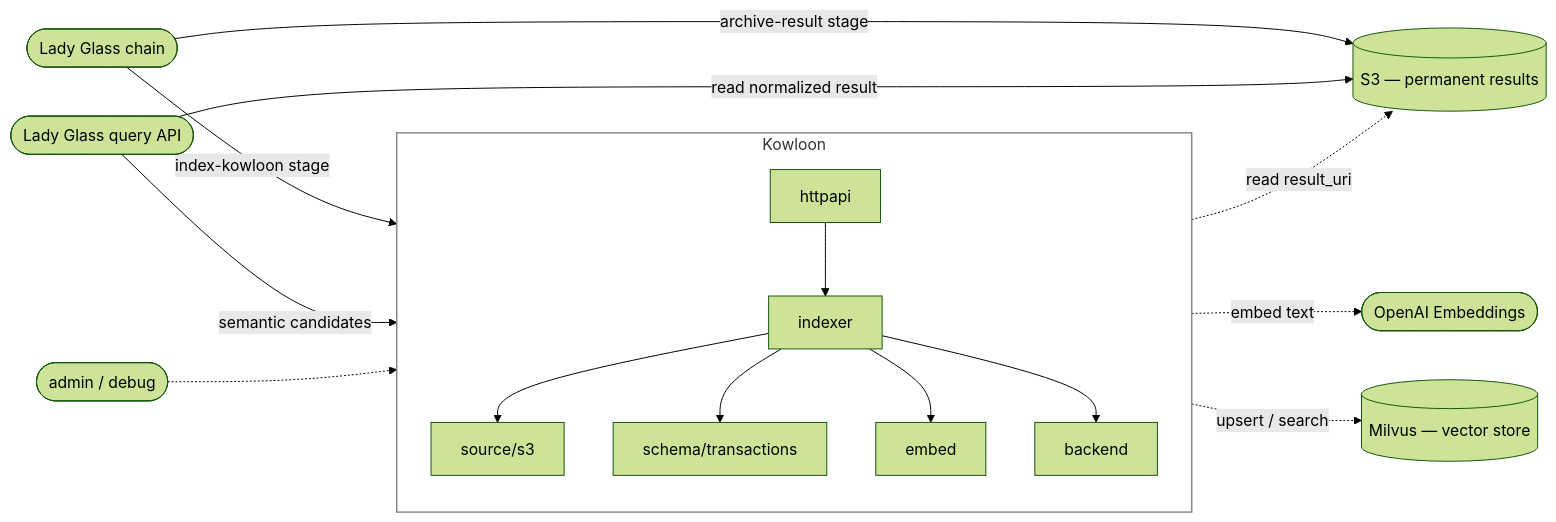
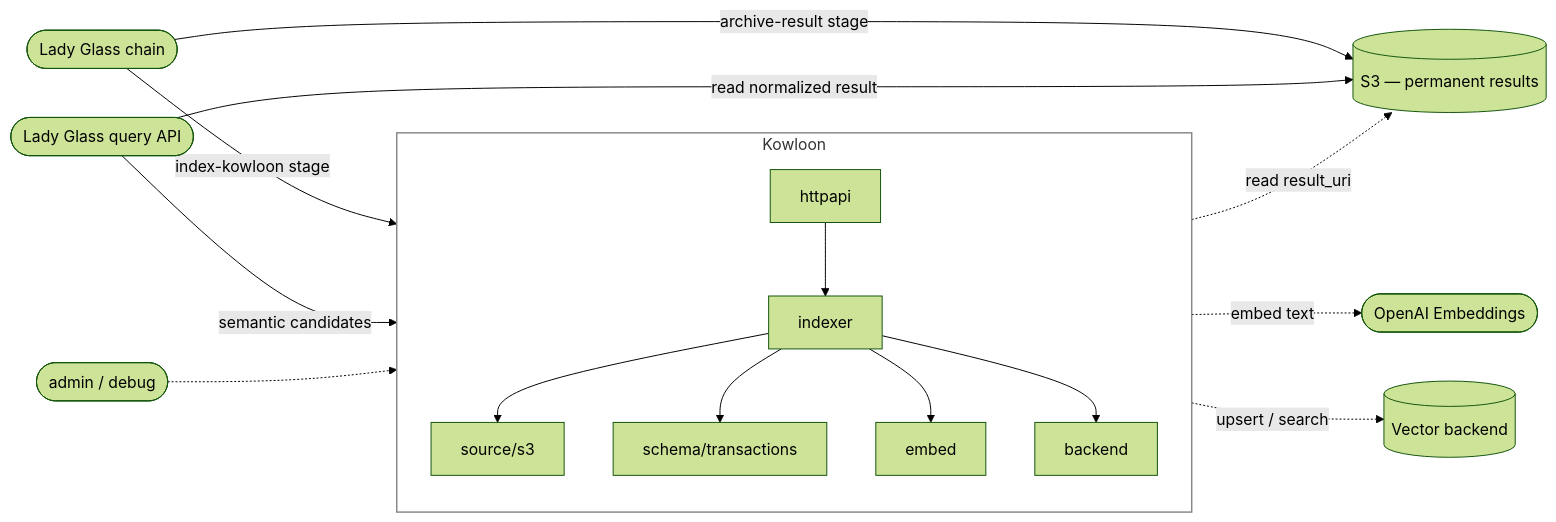
The diagram in README.md (keix/kowloon), drawn with Mermaid (forest theme) before and after one commit. The commit also changed other lines of this file, not shown here.

First line of the commit message:
docs: abstract the vector backend and soften auth wording

````diff
--- a/README.md
+++ b/README.md
@@ -20,39 +20,39 @@
 ```mermaid
 flowchart LR
     LG([Lady Glass chain])
     LGQ([Lady Glass query API])
     Admin([admin / debug])
 
     subgraph K["Kowloon"]
         direction TB
 
         API[httpapi]
         IDX[indexer]
         SRC[source/s3]
         SCH[schema/transactions]
         EMB[embed]
         BE[backend]
 
         API --> IDX
         IDX --> SRC
         IDX --> SCH
         IDX --> EMB
         IDX --> BE
     end
 
     S3[(S3 — permanent results)]
     OAI([OpenAI Embeddings])
-    MIL[(Milvus — vector store)]
+    VEC[(Vector backend)]
 
     LG -->|archive-result stage| S3
     LG -->|index-kowloon stage| API
     LGQ -->|semantic candidates| API
-    LGQ -->|read&nbsp;normalized&nbsp;result| S3
+    LGQ -->|read normalized result| S3
     Admin -.-> API
 
     SRC -. read result_uri .-> S3
     EMB -. embed text .-> OAI
-    BE -. upsert / search .-> MIL
+    BE -. upsert / search .-> VEC
 
     style K fill:none,stroke:#888,stroke-width:1.5px
 ```
````
